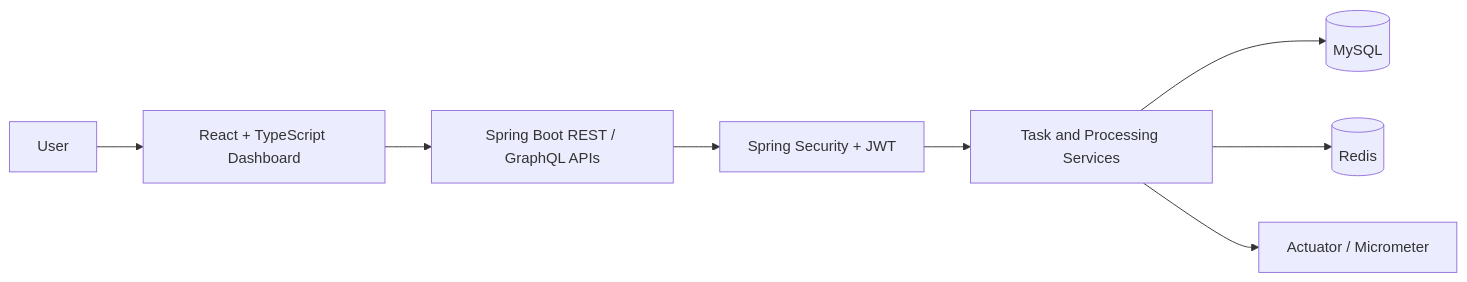
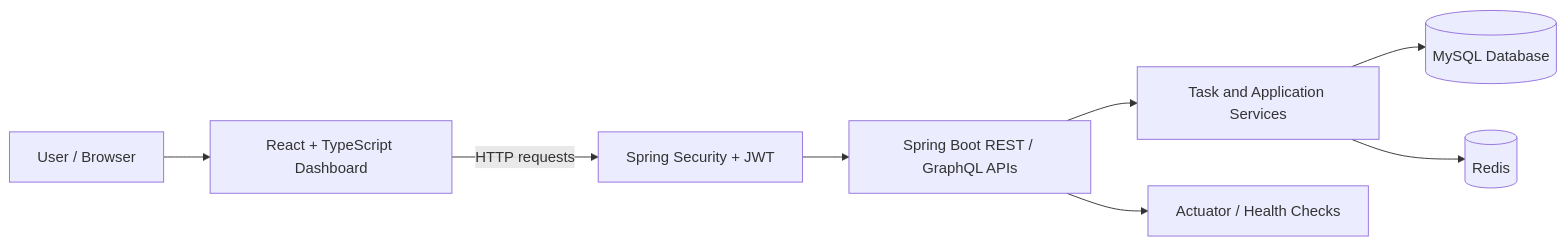
One commit to Aadarsh1125/SpringQueuePro-Application changed the first of 2 diagrams in README.md. Above: the diagram before and after it, drawn with Mermaid. The commit also changed other lines of this file, not shown here.

````diff
--- a/README.md
+++ b/README.md
@@ -39,10 +57,19 @@
 ```mermaid
 flowchart LR
-    User[User] --> UI[React + TypeScript Dashboard]
-    UI --> API[Spring Boot REST / GraphQL APIs]
-    API --> Auth[Spring Security + JWT]
-    Auth --> Services[Task and Processing Services]
-    Services --> DB[(MySQL)]
-    Services --> Redis[(Redis)]
-    Services --> Metrics[Actuator / Micrometer]
+    User["User / Browser"]
+    UI["React + TypeScript Dashboard"]
+    Security["Spring Security + JWT"]
+    API["Spring Boot REST / GraphQL APIs"]
+    Service["Task and Application Services"]
+    DB[("MySQL Database")]
+    Redis[("Redis")]
+    Health["Actuator / Health Checks"]
+
+    User --> UI
+    UI -->|HTTP requests| Security
+    Security --> API
+    API --> Service
+    Service --> DB
+    Service --> Redis
+    API --> Health
 ```
````
